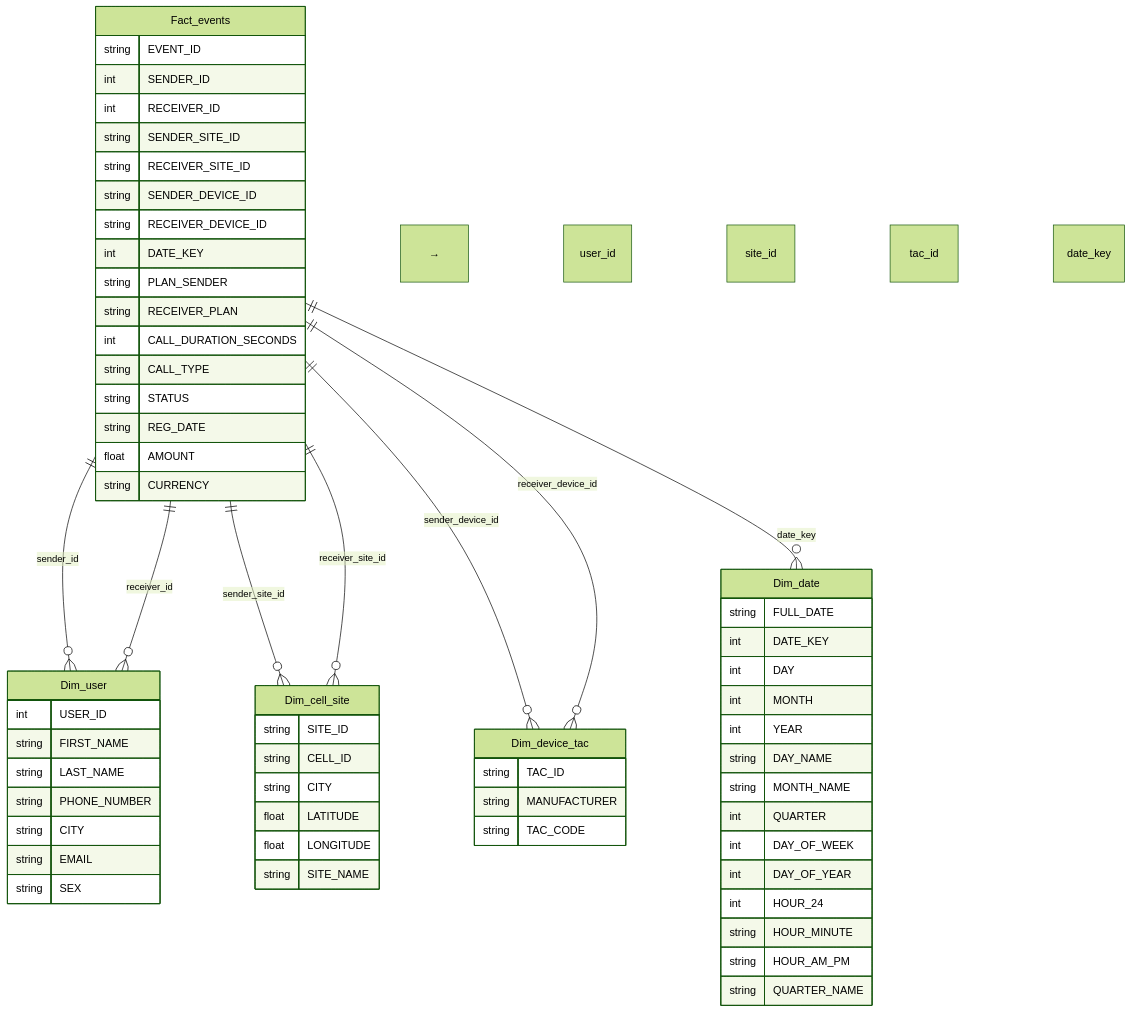
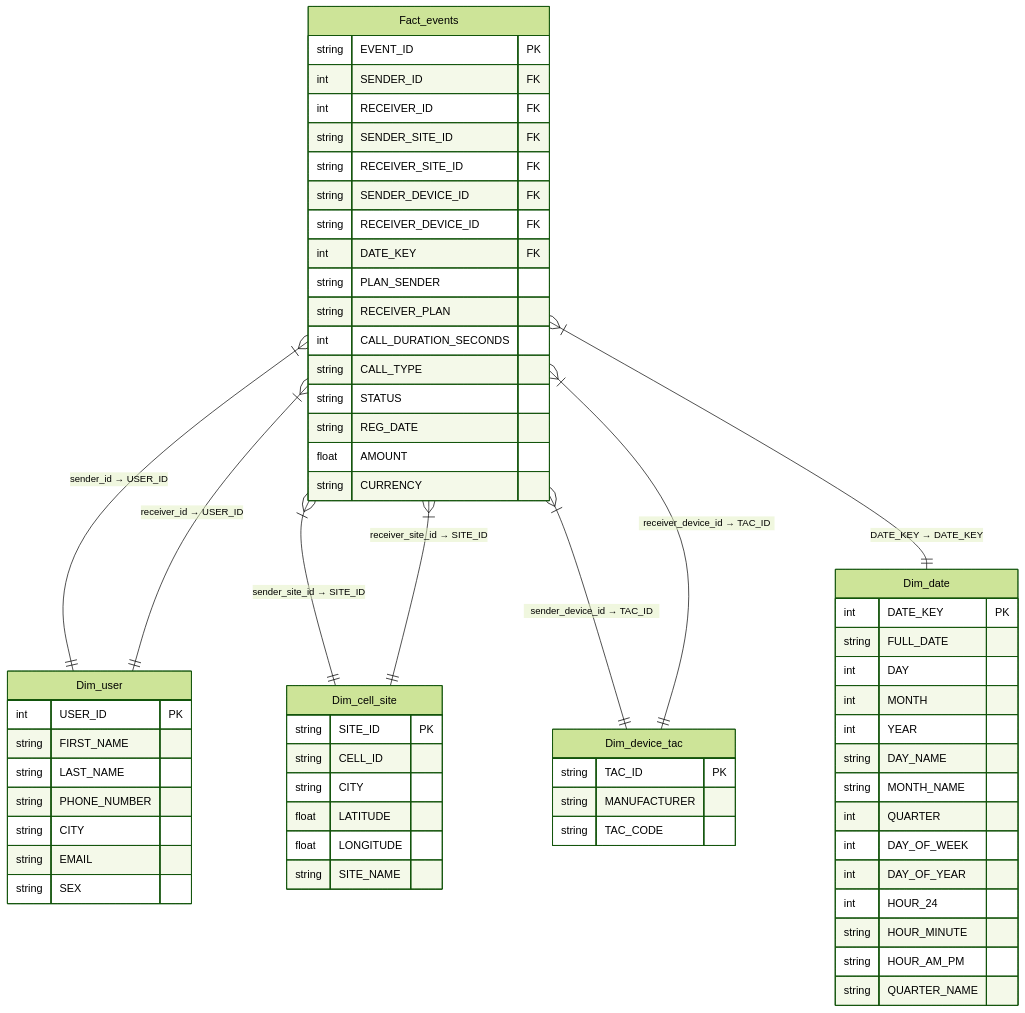
The diagram in README.md (MAHMOUDMAMDOH8/Telecom-Stream-Pipeline), drawn with Mermaid (forest theme) before and after one commit.

````diff
--- a/README.md
+++ b/README.md
@@ -174,67 +174,72 @@
 ```mermaid
 erDiagram
 
     Dim_user {
-        int USER_ID
+        int USER_ID PK
         string FIRST_NAME
         string LAST_NAME
         string PHONE_NUMBER
         string CITY
         string EMAIL
         string SEX
     }
+
     Dim_cell_site {
-        string SITE_ID
+        string SITE_ID PK
         string CELL_ID
         string CITY
         float LATITUDE
         float LONGITUDE
         string SITE_NAME
     }
+
     Dim_device_tac {
-        string TAC_ID
+        string TAC_ID PK
         string MANUFACTURER
         string TAC_CODE
     }
+
     Dim_date {
+        int DATE_KEY PK
         string FULL_DATE
-        int DATE_KEY
         int DAY
         int MONTH
         int YEAR
         string DAY_NAME
         string MONTH_NAME
         int QUARTER
         int DAY_OF_WEEK
         int DAY_OF_YEAR
         int HOUR_24
         string HOUR_MINUTE
         string HOUR_AM_PM
         string QUARTER_NAME
     }
+
     Fact_events {
-        string EVENT_ID
-        int SENDER_ID
-        int RECEIVER_ID
-        string SENDER_SITE_ID
-        string RECEIVER_SITE_ID
-        string SENDER_DEVICE_ID
-        string RECEIVER_DEVICE_ID
-        int DATE_KEY
+        string EVENT_ID PK
+        int SENDER_ID FK
+        int RECEIVER_ID FK
+        string SENDER_SITE_ID FK
+        string RECEIVER_SITE_ID FK
+        string SENDER_DEVICE_ID FK
+        string RECEIVER_DEVICE_ID FK
+        int DATE_KEY FK
         string PLAN_SENDER
         string RECEIVER_PLAN
         int CALL_DURATION_SECONDS
         string CALL_TYPE
         string STATUS
         string REG_DATE
         float AMOUNT
         string CURRENCY
     }
-    Fact_events ||--o{ Dim_user : sender_id → user_id
-    Fact_events ||--o{ Dim_user : receiver_id → user_id
-    Fact_events ||--o{ Dim_cell_site : sender_site_id → site_id
-    Fact_events ||--o{ Dim_cell_site : receiver_site_id → site_id
-    Fact_events ||--o{ Dim_device_tac : sender_device_id → tac_id
-    Fact_events ||--o{ Dim_device_tac : receiver_device_id → tac_id
-    Fact_events ||--o{ Dim_date : date_key → date_key
+
+    Fact_events }|--|| Dim_user : "sender_id → USER_ID"
+    Fact_events }|--|| Dim_user : "receiver_id → USER_ID"
+    Fact_events }|--|| Dim_cell_site : "sender_site_id → SITE_ID"
+    Fact_events }|--|| Dim_cell_site : "receiver_site_id → SITE_ID"
+    Fact_events }|--|| Dim_device_tac : "sender_device_id → TAC_ID"
+    Fact_events }|--|| Dim_device_tac : "receiver_device_id → TAC_ID"
+    Fact_events }|--|| Dim_date : "DATE_KEY → DATE_KEY"
 ```
````
